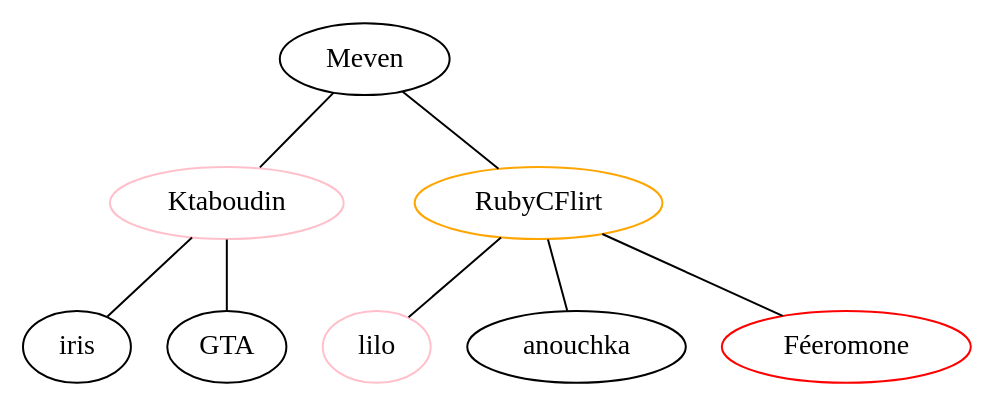
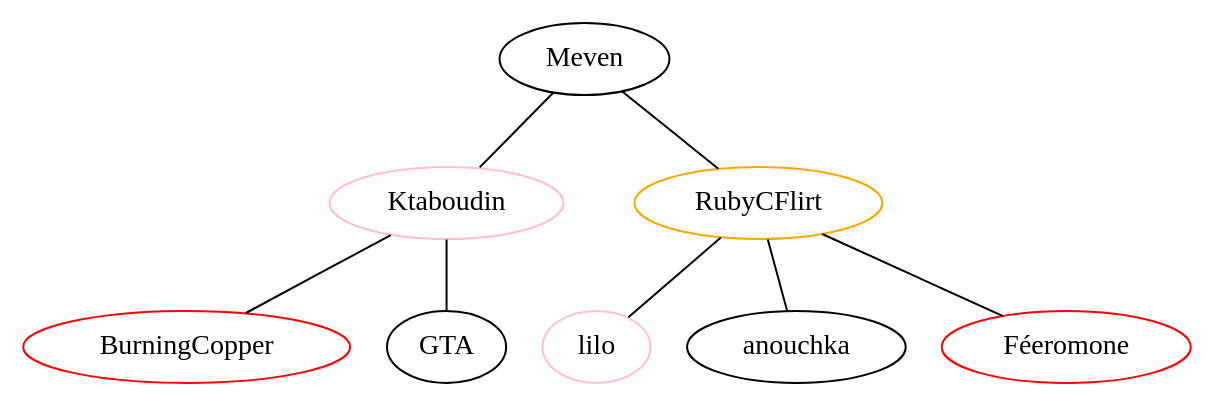
Before and after one commit to mevouc/fal-mily: the diagram in graph.dot, drawn with Graphviz. The commit also changed 1 other file, not shown here.

Commit message:
graph: Update Iris' proprieties

```diff
--- a/graph.dot
+++ b/graph.dot
@@ -1,25 +1,25 @@
 graph Falmily {
     // list of names
     meven [label="Meven", color="black", fillcolor="blue"];
       alix [label="Ktaboudin", color="pink"];
-        iris [label="iris"];
+        iris [label="BurningCopper", color="red"];
         camille [label="GTA", color="black", fillcolor="blue"];
       chris [label="RubyCFlirt", color="orange"];
         lilo [label="lilo", color="pink"];
         anouchka [label="anouchka"];
         benoit [label="Féeromone", color="red", fillcolor="green"];
     
     
     /*
     ** List of patronage links
     */
 
     // Meven's graph
     meven -- alix;
       alix -- iris;
       alix -- camille;
     meven -- chris;
       chris -- benoit;
       chris -- anouchka;
       chris -- lilo;
 }
```
